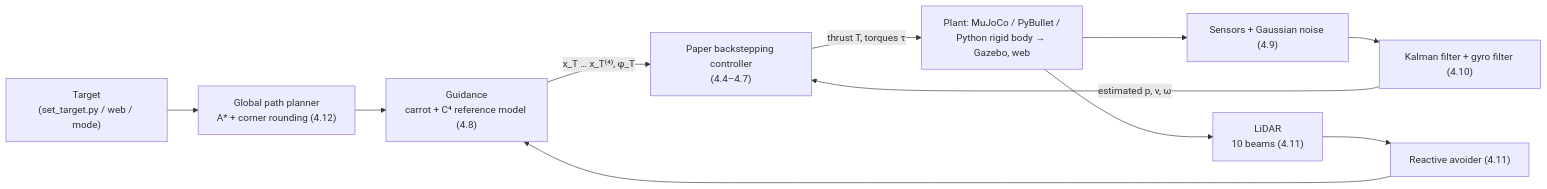
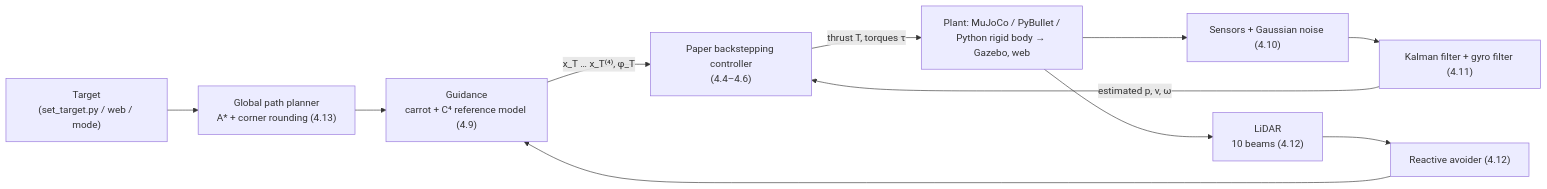
Before and after one commit to Pratheep25082006/Drones_S5_AB9_Drones_trajectory_tracking_using_backstepping_decoupling_quaternions: the diagram in README.md, drawn with Mermaid. The commit also changed other lines of this file, not shown here.

````diff
--- a/README.md
+++ b/README.md
@@ -118,11 +118,11 @@
 ```mermaid
 flowchart LR
-    T["Target<br/>(set_target.py / web / mode)"] --> P["Global path planner<br/>A* + corner rounding (4.12)"]
-    P --> G["Guidance<br/>carrot + C⁴ reference model (4.8)"]
-    L["LiDAR<br/>10 beams (4.11)"] --> A["Reactive avoider (4.11)"] --> G
-    G -->|"x_T … x_T⁽⁴⁾, φ_T"| C["Paper backstepping controller<br/>(4.4–4.7)"]
+    T["Target<br/>(set_target.py / web / mode)"] --> P["Global path planner<br/>A* + corner rounding (4.13)"]
+    P --> G["Guidance<br/>carrot + C⁴ reference model (4.9)"]
+    L["LiDAR<br/>10 beams (4.12)"] --> A["Reactive avoider (4.12)"] --> G
+    G -->|"x_T … x_T⁽⁴⁾, φ_T"| C["Paper backstepping controller<br/>(4.4–4.6)"]
     C -->|"thrust T, torques τ"| S["Plant: MuJoCo / PyBullet /<br/>Python rigid body → Gazebo, web"]
-    S --> N["Sensors + Gaussian noise (4.9)"] --> K["Kalman filter + gyro filter (4.10)"]
+    S --> N["Sensors + Gaussian noise (4.10)"] --> K["Kalman filter + gyro filter (4.11)"]
     K -->|"estimated p, v, ω"| C
     S --> L
 ```
````
